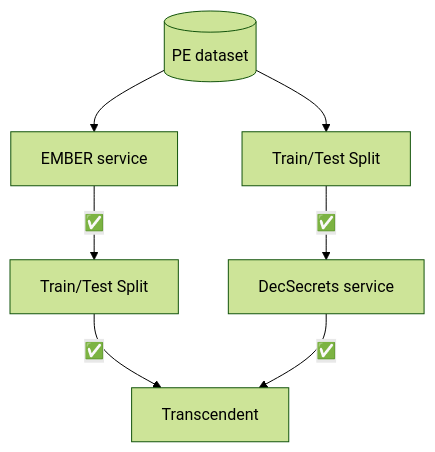
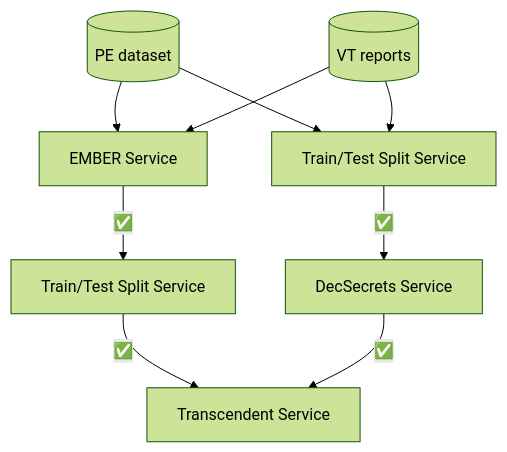
One commit to Malware-Concept-Drift-Detection/bootstrap changed the diagram in README.md. Above: the diagram before and after it, drawn with Mermaid (forest theme). The commit also changed other lines of this file, not shown here.

Commit message:
doc: add vt report db

````diff
--- a/README.md
+++ b/README.md
@@ -13,15 +13,17 @@
 ```mermaid
 
 flowchart TD
     A[PE dataset]@{ shape: cyl }
+    B[VT reports]@{ shape: cyl }
 
-    C[EMBER service]
-    D[DecSecrets service]
-    E[Train/Test Split]
-    F[Train/Test Split]
-    G[Transcendent]
+    C[EMBER Service]
+    D[DecSecrets Service]
+    E[Train/Test Split Service]
+    F[Train/Test Split Service]
+    G[Transcendent Service]
 
     A --> C -- ✅ --> F -- ✅ --> G
     A --> E -- ✅ --> D -- ✅ --> G
-
+    B --> C
+    B --> E
 ```
````
